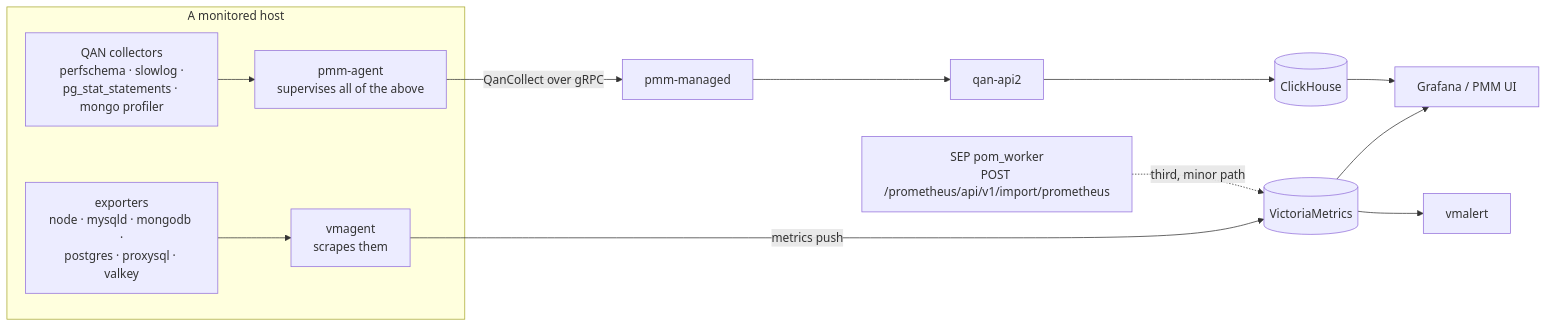
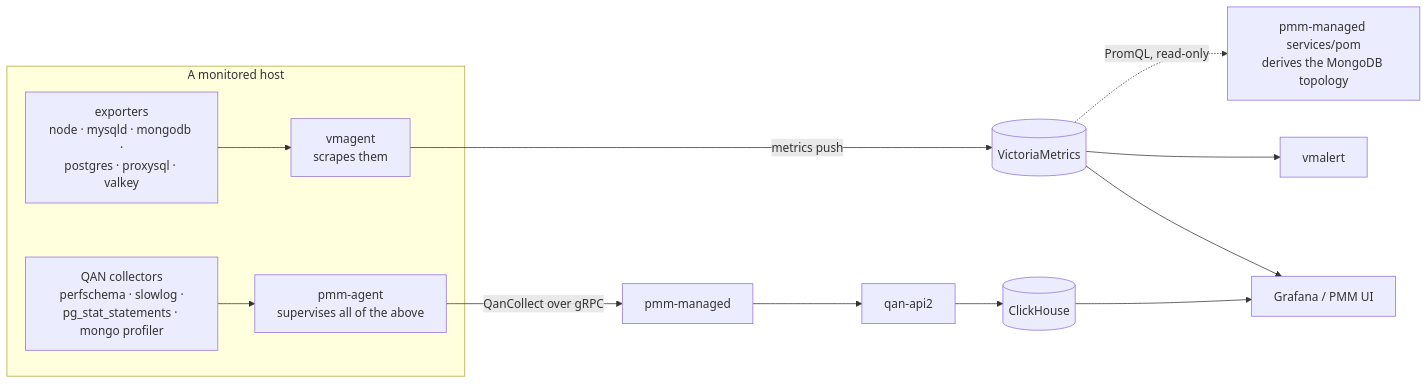
Before and after one commit to Percona-Lab/pom-workspace: the fifth of 11 diagrams in docs/topology.md, drawn with Mermaid. The commit also changed other lines of this file and 2 other files, not shown here.

First line of the commit message:
docs: describe POM as it is now, split across both products

````diff
--- a/docs/topology.md
+++ b/docs/topology.md
@@ -375,19 +382,19 @@
 ```mermaid
 flowchart LR
     subgraph H["A monitored host"]
         EX["exporters<br/>node · mysqld · mongodb ·<br/>postgres · proxysql · valkey"]
         VMAG["vmagent<br/>scrapes them"]
         QA["QAN collectors<br/>perfschema · slowlog ·<br/>pg_stat_statements · mongo profiler"]
         PA["pmm-agent<br/>supervises all of the above"]
     end
 
     EX --> VMAG
     VMAG -->|"metrics push"| VM[("VictoriaMetrics")]
     QA --> PA
     PA -->|"QanCollect over gRPC"| MG["pmm-managed"]
     MG --> QAN["qan-api2"] --> CH[("ClickHouse")]
     VM --> GRAF["Grafana / PMM UI"]
     CH --> GRAF
     VM --> VMA["vmalert"]
-    SEPX["SEP pom_worker<br/>POST /prometheus/api/v1/import/prometheus"] -.->|"third, minor path"| VM
+    VM -.->|"PromQL, read-only"| POM["pmm-managed services/pom<br/>derives the MongoDB topology"]
 ```
````
